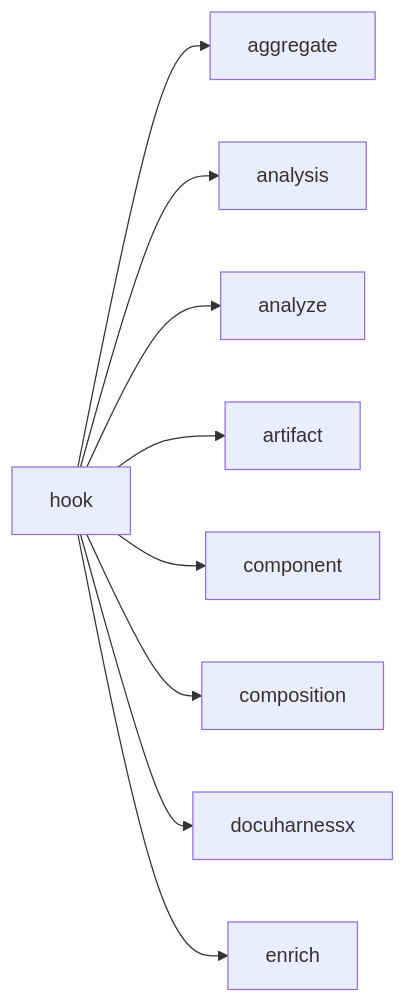
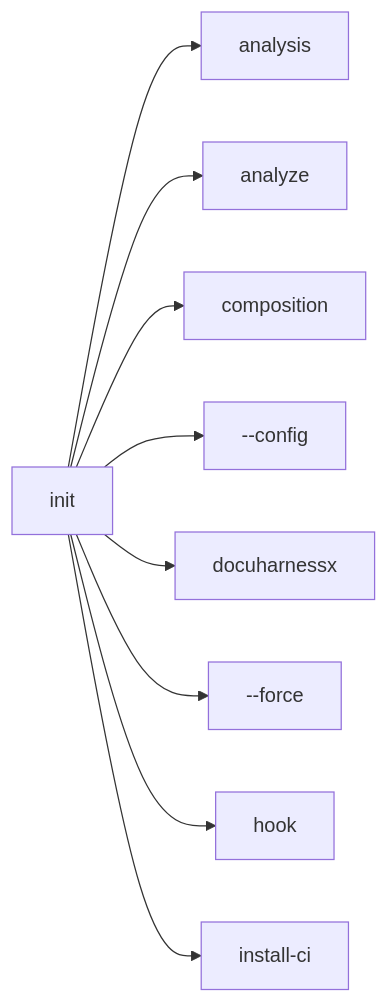
Diagram 14 of 30 in docs/glossary.md (norandom/DocuHarnessX), drawn with Mermaid before and after one commit. The commit also changed other lines of this file and 7 other files, not shown here.

````diff
--- a/docs/glossary.md
+++ b/docs/glossary.md
@@ -632,20 +509,20 @@
 ```mermaid
 flowchart LR
-  here["hook"]
-  r0["aggregate"]
+  here["init"]
+  r0["analysis"]
   here --> r0
-  r1["analysis"]
+  r1["analyze"]
   here --> r1
-  r2["analyze"]
+  r2["composition"]
   here --> r2
-  r3["artifact"]
+  r3["--config"]
   here --> r3
-  r4["component"]
+  r4["docuharnessx"]
   here --> r4
-  r5["composition"]
+  r5["--force"]
   here --> r5
-  r6["docuharnessx"]
+  r6["hook"]
   here --> r6
-  r7["enrich"]
+  r7["install-ci"]
   here --> r7
 ```
````
